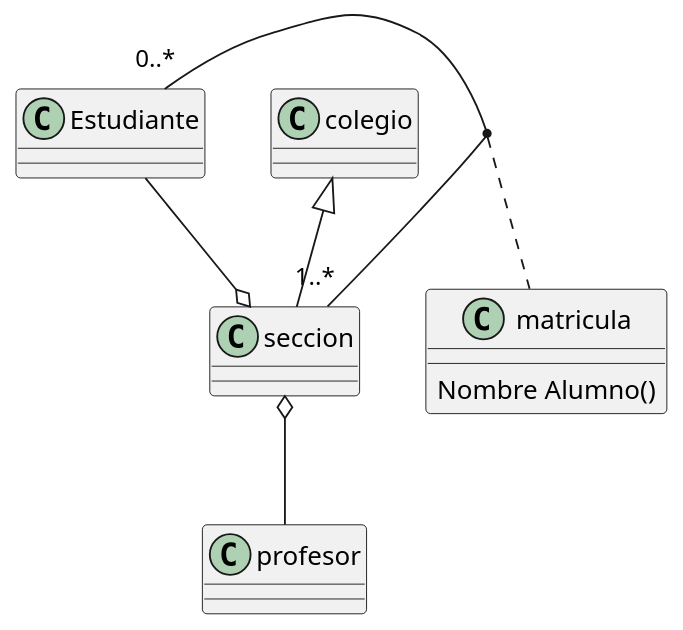
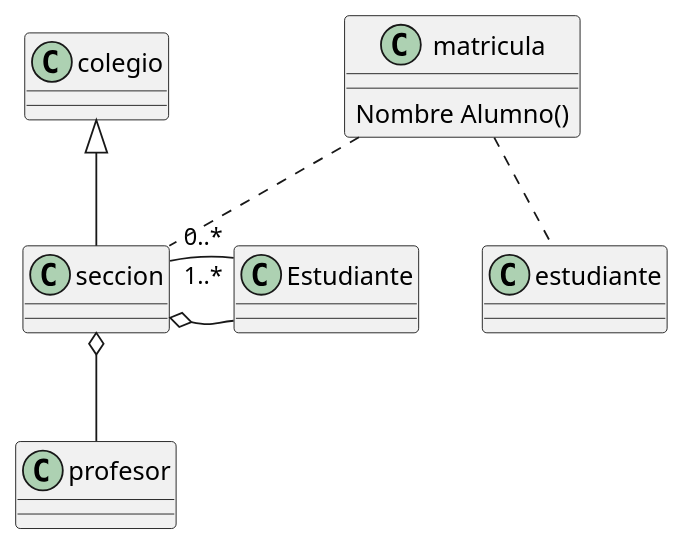
One commit to alexdev-sudo/Control_Colegio changed the diagram in src/main/java/Diagrama UML Colegio.puml. Above: the diagram before and after it, drawn with PlantUML. The commit also changed 1 other file, not shown here.

Commit message:
Tercer commit - Actualizacion  diagrama UML Para el colegio

```diff
--- a/src/main/java/Diagrama UML Colegio.puml
+++ b/src/main/java/Diagrama UML Colegio.puml
@@ -1,17 +1,26 @@
 @startuml
 scale 450 width
-class Estudiante{}
-class colegio{}
+class Estudiante{
+}
+class colegio{
+}
 class matricula{
 Nombre Alumno()
 }
-class profesor{}
-class seccion {}
-
-Estudiante "0..*" - "1..*"seccion
-(Estudiante,seccion) .. matricula
+class profesor{
+}
+class seccion {
+}
+     'herencia
+colegio <|-- seccion
+     'Agregacion
 seccion o-- profesor
 seccion o-- Estudiante
-colegio <|-- seccion
+     'Asociacion entre estudiante y seccion
+Estudiante "0..*" - "1..*"seccion
+     'Matricula relaciona estudiante y seccion
+matricula .. estudiante
+matricula .. seccion
+
 
 @enduml
```
